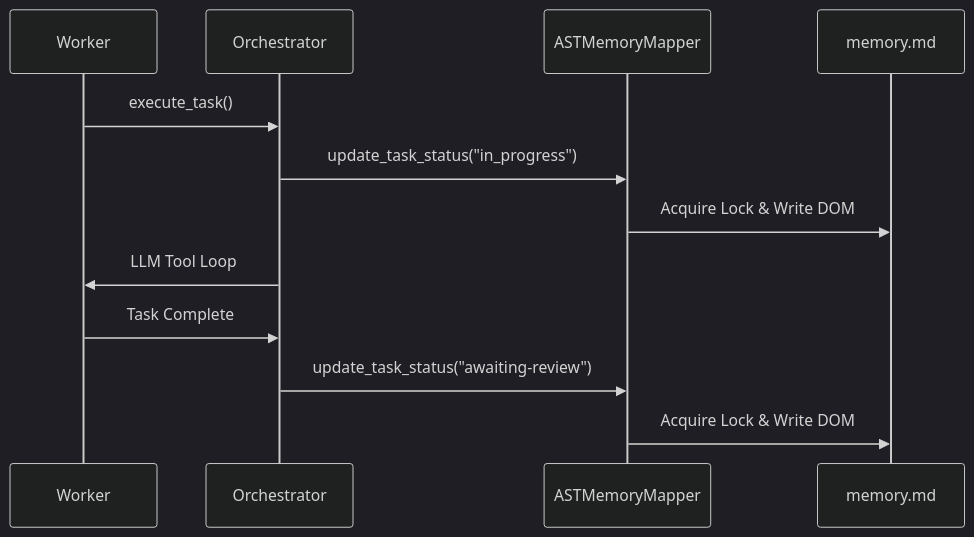
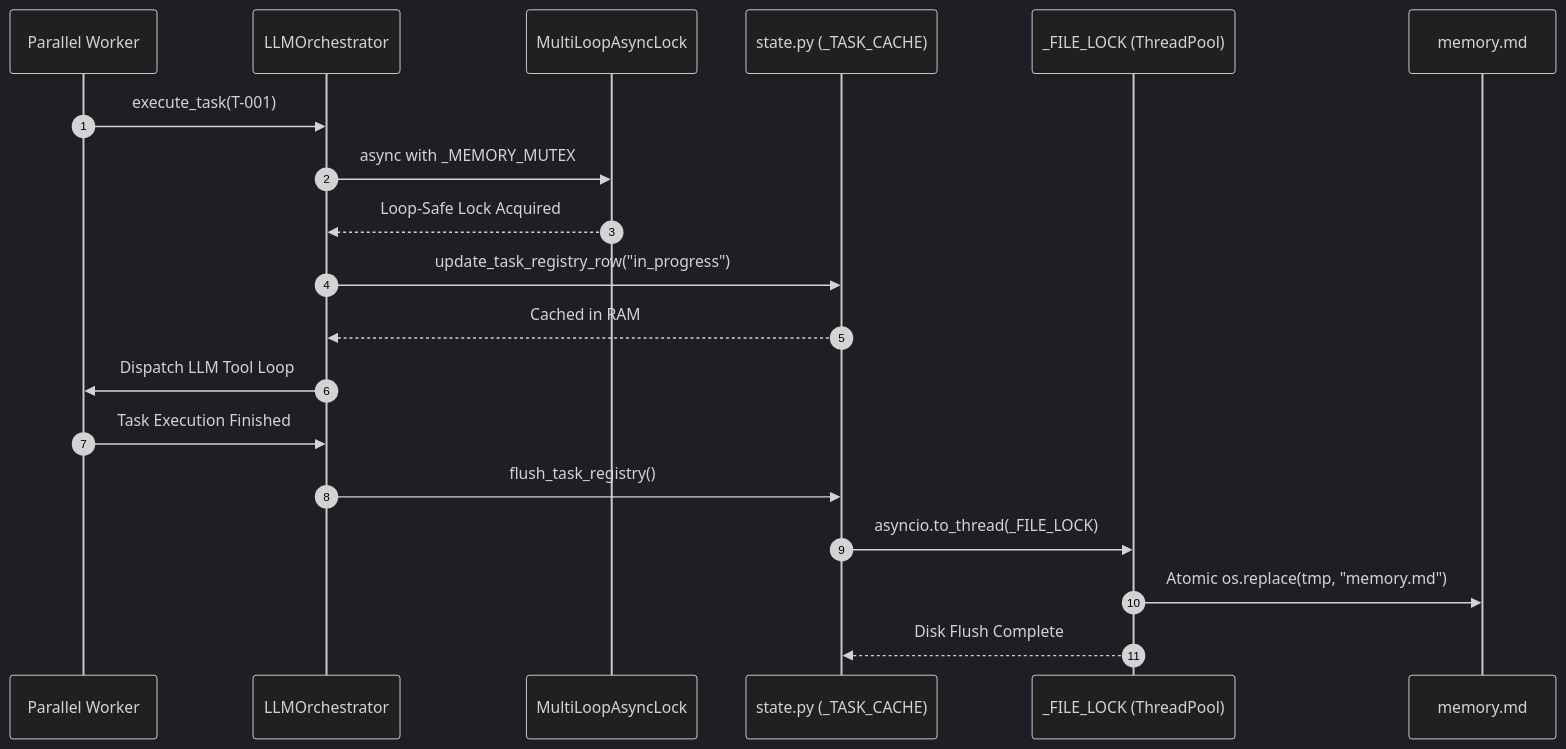
Before and after one commit to emmanuelol/yani-engine: the third of 3 diagrams in README.md, drawn with Mermaid (dark theme). The commit also changed other lines of this file and 3 other files, not shown here.

Commit message:
docs: Enrich CodeGraph section, update Mermaid diagrams, and align architecture specs

````diff
--- a/README.md
+++ b/README.md
@@ -104,15 +134,22 @@
 ```mermaid
 sequenceDiagram
-    participant Worker
-    participant Orchestrator
-    participant ASTMemoryMapper
-    participant memory.md
+    autonumber
+    participant Worker as Parallel Worker
+    participant Orchestrator as LLMOrchestrator
+    participant MultiLoopLock as MultiLoopAsyncLock
+    participant State as state.py (_TASK_CACHE)
+    participant FileLock as _FILE_LOCK (ThreadPool)
+    participant Memory as memory.md
 
-    Worker->>Orchestrator: execute_task()
-    Orchestrator->>ASTMemoryMapper: update_task_status("in_progress")
-    ASTMemoryMapper->>memory.md: Acquire Lock & Write DOM
-    Orchestrator->>Worker: LLM Tool Loop
-    Worker->>Orchestrator: Task Complete
-    Orchestrator->>ASTMemoryMapper: update_task_status("awaiting-review")
-    ASTMemoryMapper->>memory.md: Acquire Lock & Write DOM
+    Worker->>Orchestrator: execute_task(T-001)
+    Orchestrator->>MultiLoopLock: async with _MEMORY_MUTEX
+    MultiLoopLock-->>Orchestrator: Loop-Safe Lock Acquired
+    Orchestrator->>State: update_task_registry_row("in_progress")
+    State-->>Orchestrator: Cached in RAM
+    Orchestrator->>Worker: Dispatch LLM Tool Loop
+    Worker->>Orchestrator: Task Execution Finished
+    Orchestrator->>State: flush_task_registry()
+    State->>FileLock: asyncio.to_thread(_FILE_LOCK)
+    FileLock->>Memory: Atomic os.replace(tmp, "memory.md")
+    FileLock-->>State: Disk Flush Complete
 ```
````
